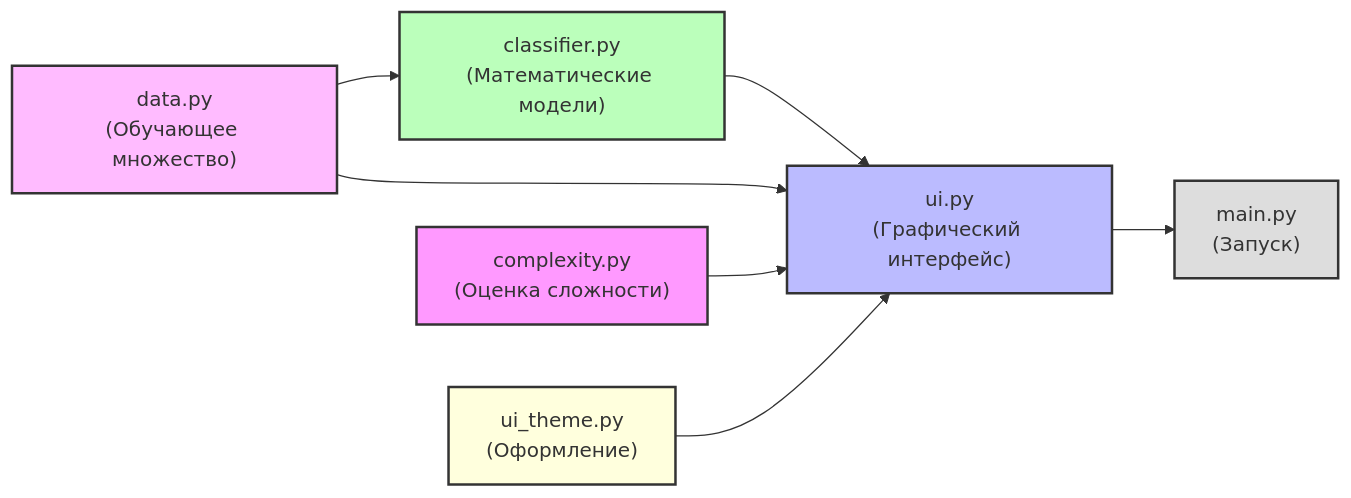
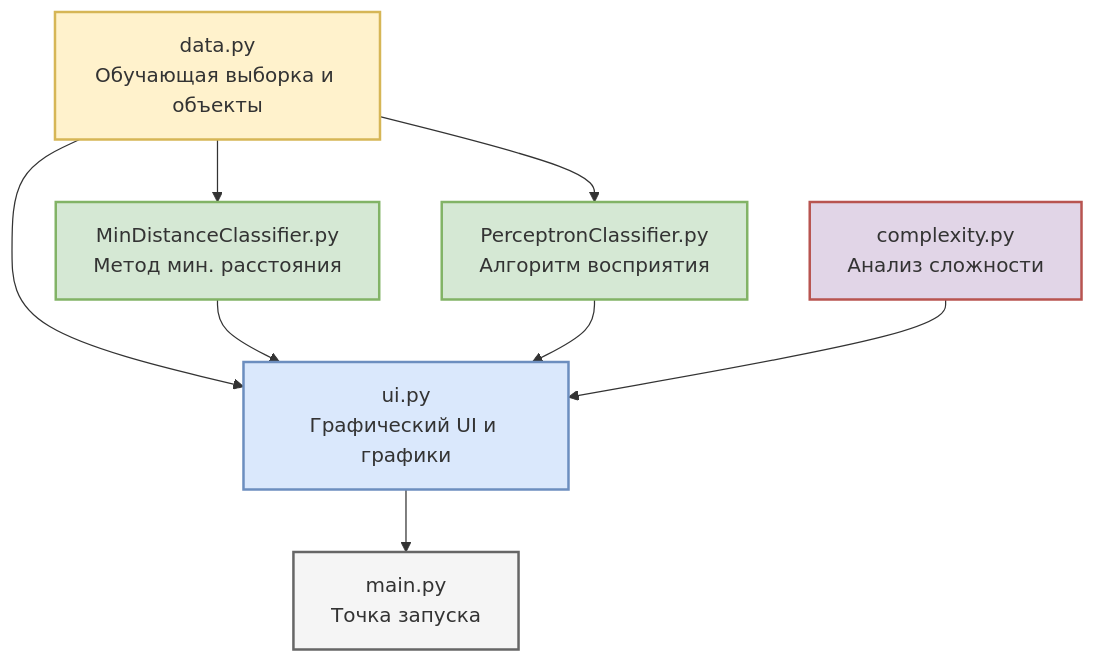
Before and after one commit to mxrtynov/CarRecognition: the diagram in README.md, drawn with Mermaid. The commit also changed other lines of this file and 7 other files, not shown here.

````diff
--- a/README.md
+++ b/README.md
@@ -34,16 +28,19 @@
 ```mermaid
-graph LR
-    Data["data.py<br>(Обучающее множество)"] --> Classifier["classifier.py<br>(Математические модели)"]
-    Classifier --> UI["ui.py<br>(Графический интерфейс)"]
-    Data --> UI
-    Complexity["complexity.py<br>(Оценка сложности)"] --> UI
-    Theme["ui_theme.py<br>(Оформление)"] --> UI
-    UI --> Main["main.py<br>(Запуск)"]
+graph TD
+    Data[data.py<br>Обучающая выборка и объекты] --> MD[MinDistanceClassifier.py<br>Метод мин. расстояния]
+    Data --> PC[PerceptronClassifier.py<br>Алгоритм восприятия]
+    Data --> UI[ui.py<br>Графический UI и графики]
+    
+    MD --> UI
+    PC --> UI
+    
+    Complexity[complexity.py<br>Анализ сложности] --> UI
+    UI --> Main[main.py<br>Точка запуска]
 
-    style Data fill:#fbf,stroke:#333,stroke-width:2px
-    style Classifier fill:#bfb,stroke:#333,stroke-width:2px
-    style UI fill:#bbf,stroke:#333,stroke-width:2px
-    style Complexity fill:#f9f,stroke:#333,stroke-width:2px
-    style Theme fill:#ffd,stroke:#333,stroke-width:2px
-    style Main fill:#ddd,stroke:#333,stroke-width:2px
+    style Data fill:#fff2cc,stroke:#d6b656,stroke-width:2px
+    style MD fill:#d5e8d4,stroke:#82b366,stroke-width:2px
+    style PC fill:#d5e8d4,stroke:#82b366,stroke-width:2px
+    style UI fill:#dae8fc,stroke:#6c8ebf,stroke-width:2px
+    style Complexity fill:#e1d5e7,stroke:#b85450,stroke-width:2px
+    style Main fill:#f5f5f5,stroke:#666666,stroke-width:2px
 ```
````
